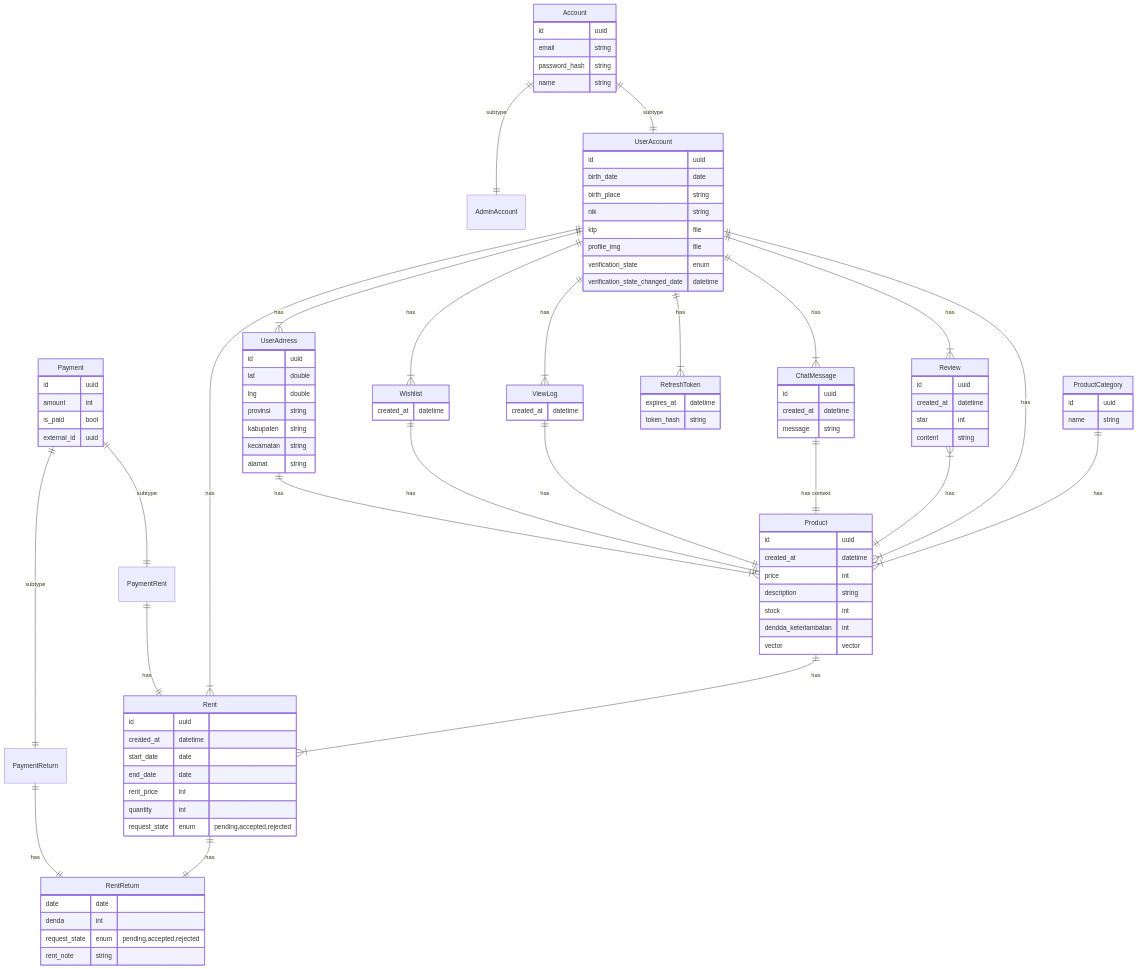
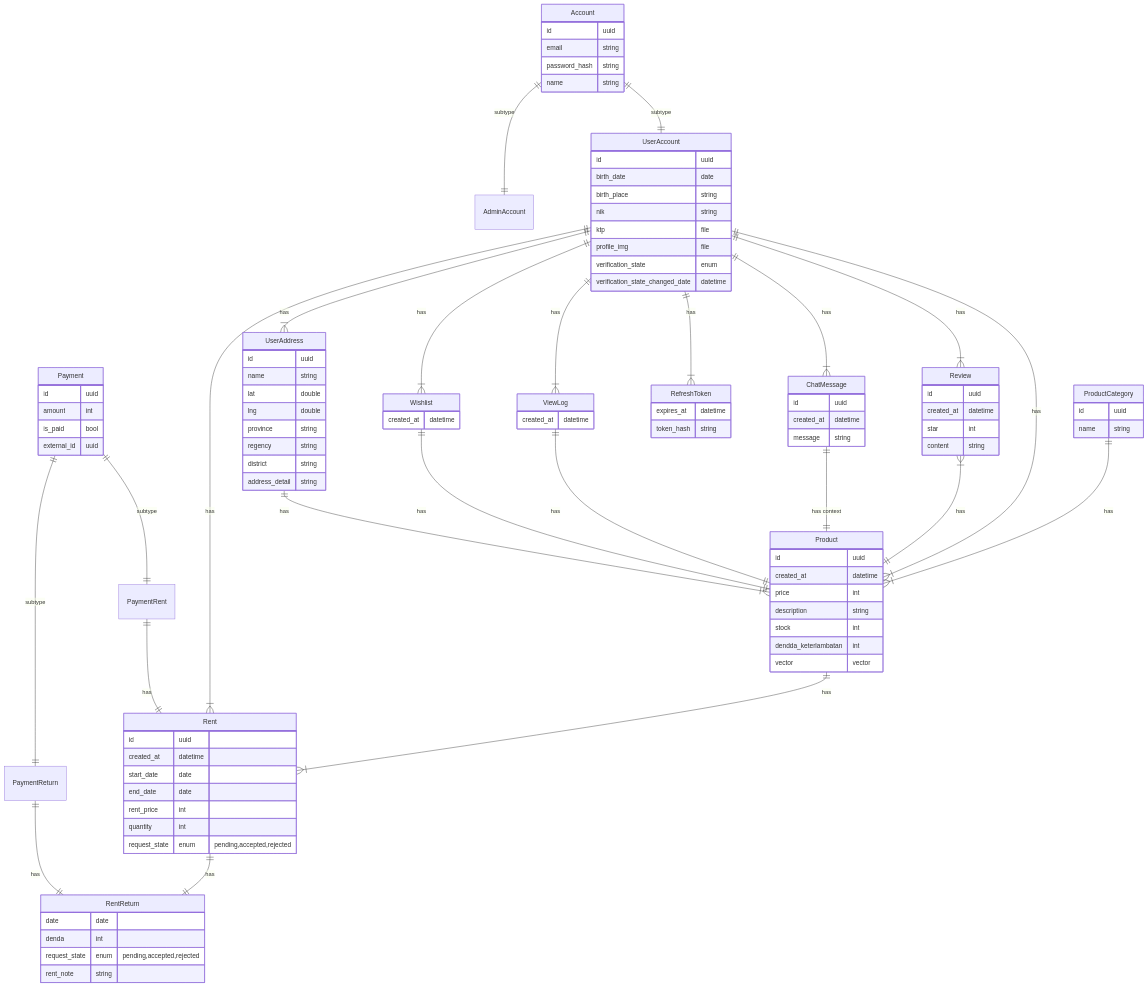
One commit to levirs565/openrent changed the diagram in db.mermaid. Above: the diagram before and after it, drawn with Mermaid. The commit also changed 11 other files, not shown here.

```diff
--- a/db.mermaid
+++ b/db.mermaid
@@ -1,132 +1,133 @@
 erDiagram
 	direction TB
 
 	Account {
 		id uuid
 		email string 
 		password_hash string  
 		name string
 	}
 
 	Account ||--|| AdminAccount : "subtype"
 	Account ||--|| UserAccount : "subtype"
 
 	UserAccount {
 		id uuid
 		birth_date date   
 		birth_place string  
 		nik string
 		ktp file  
 		profile_img file
 		verification_state enum 
 		verification_state_changed_date datetime
 	}
 
-	UserAdrress {
+	UserAddress {
 		id uuid  
+		name string
 		lat double  
 		lng double 
-        provinsi string
-        kabupaten string
-        kecamatan string
-		alamat string
+        province string
+        regency string
+        district string
+		address_detail string
 	}
 
-	UserAdrress ||--|{ Product : "has"
+	UserAddress ||--|{ Product : "has"
 
 	Product {
 		id uuid 
 		created_at datetime  
 		price int  
 		description string
 		stock int  
 		dendda_keterlambatan int
 		vector vector
 	}
 
 	Review {
 		id uuid 
         created_at datetime
 		star int
 		content string  
 	}
 
 	UserAccount ||--|{ ChatMessage : "has" 
 
 	UserAccount ||--|{ Wishlist : "has"
 	Wishlist {
 		created_at datetime
 	}
 	Wishlist ||--|| Product : "has"
 
 	UserAccount ||--|{ ViewLog : "has"
 	ViewLog {
 		created_at datetime
 	}
 	ViewLog ||--|| Product : "has"
 
 	UserAccount ||--|{ RefreshToken : "has"
 	RefreshToken {
 		expires_at datetime
 		token_hash string
 	}
 
 	ChatMessage {
 		id uuid
         created_at datetime
 		message string 
 	}
 
 	ChatMessage ||--|| Product : "has context"
 
 	Rent {
 		id uuid
 		created_at datetime
 		start_date date  
 		end_date date  
 		rent_price int  
 		quantity int
 		request_state enum "pending,accepted,rejected"
 	}
 
 	Payment {
 		id uuid  
 		amount int  
 		is_paid bool  
 		external_id uuid
 	}
 
 	PaymentRent {
 
 	}
 
 	PaymentReturn {
 
 	}
 
 	RentReturn {
 		date date  
 		denda int
 		request_state enum "pending,accepted,rejected"
 		rent_note string
 	}
 
 	ProductCategory {
 		id uuid  ""  
 		name string  ""  
 	}
 
 
 
-	UserAccount ||--|{ UserAdrress : "has"
+	UserAccount ||--|{ UserAddress : "has"
     Review }|--|| Product : "has"
 	UserAccount ||--|{ Review : "has"
 	Payment ||--|| PaymentRent : "subtype"
 	Payment ||--|| PaymentReturn : "subtype"
 	PaymentRent ||--|| Rent : "has"
 	PaymentReturn ||--|| RentReturn : "has"
 	UserAccount ||--|{ Product : "has"
     ProductCategory ||--|{ Product : "has"
 	Rent ||--|| RentReturn : "has"
 	UserAccount ||--|{ Rent : "has"
     Product ||--|{ Rent : "has"
```
